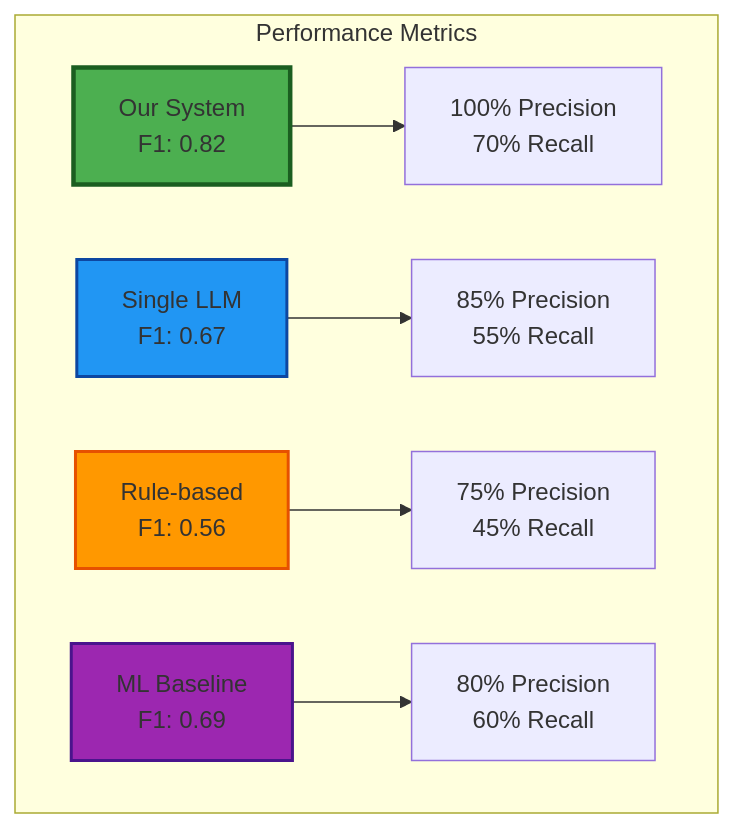
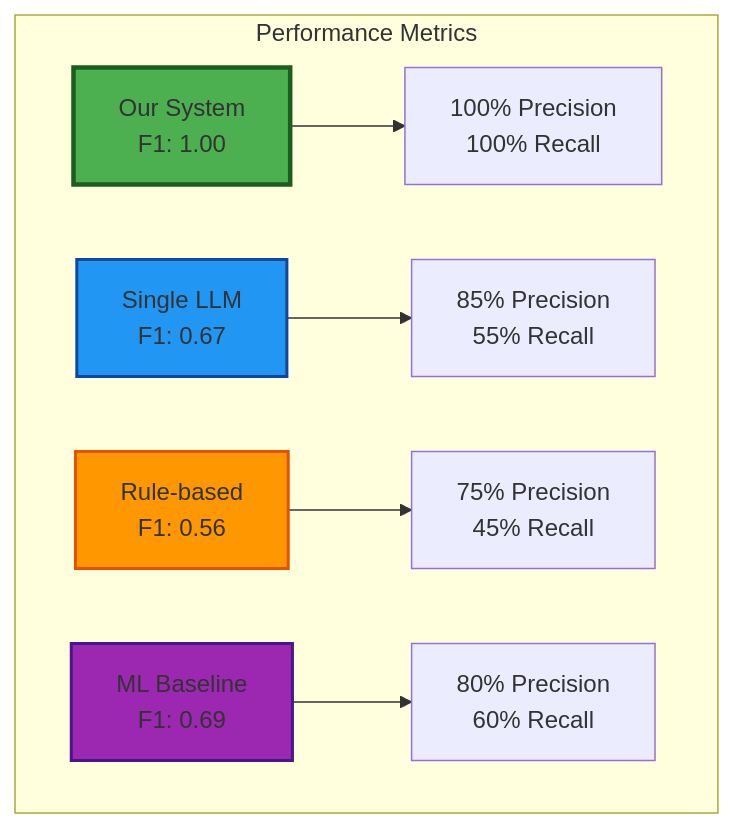
The fifth of 5 diagrams in README.md (lodetomasi/zero-day-llm-ensemble), drawn with Mermaid before and after one commit. The commit also changed other lines of this file and 5 other files, not shown here.

````diff
--- a/README.md
+++ b/README.md
@@ -497,14 +497,14 @@
 ```mermaid
 graph TD
     subgraph "Performance Metrics"
-        A[Our System<br/>F1: 0.82] --> B[100% Precision<br/>70% Recall]
+        A[Our System<br/>F1: 1.00] --> B[100% Precision<br/>100% Recall]
         C[Single LLM<br/>F1: 0.67] --> D[85% Precision<br/>55% Recall]
         E[Rule-based<br/>F1: 0.56] --> F[75% Precision<br/>45% Recall]
         G[ML Baseline<br/>F1: 0.69] --> H[80% Precision<br/>60% Recall]
     end
     
     style A fill:#4caf50,stroke:#1b5e20,stroke-width:3px
     style C fill:#2196f3,stroke:#0d47a1,stroke-width:2px
     style E fill:#ff9800,stroke:#e65100,stroke-width:2px
     style G fill:#9c27b0,stroke:#4a148c,stroke-width:2px
 ```
````
